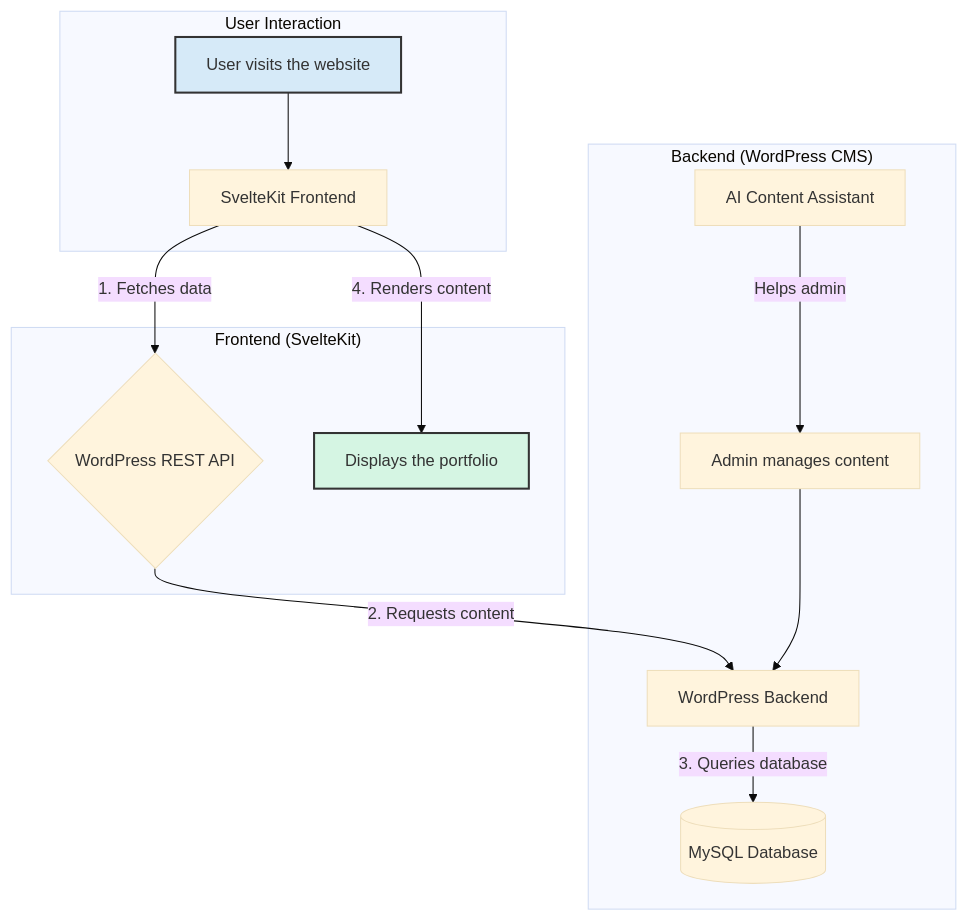
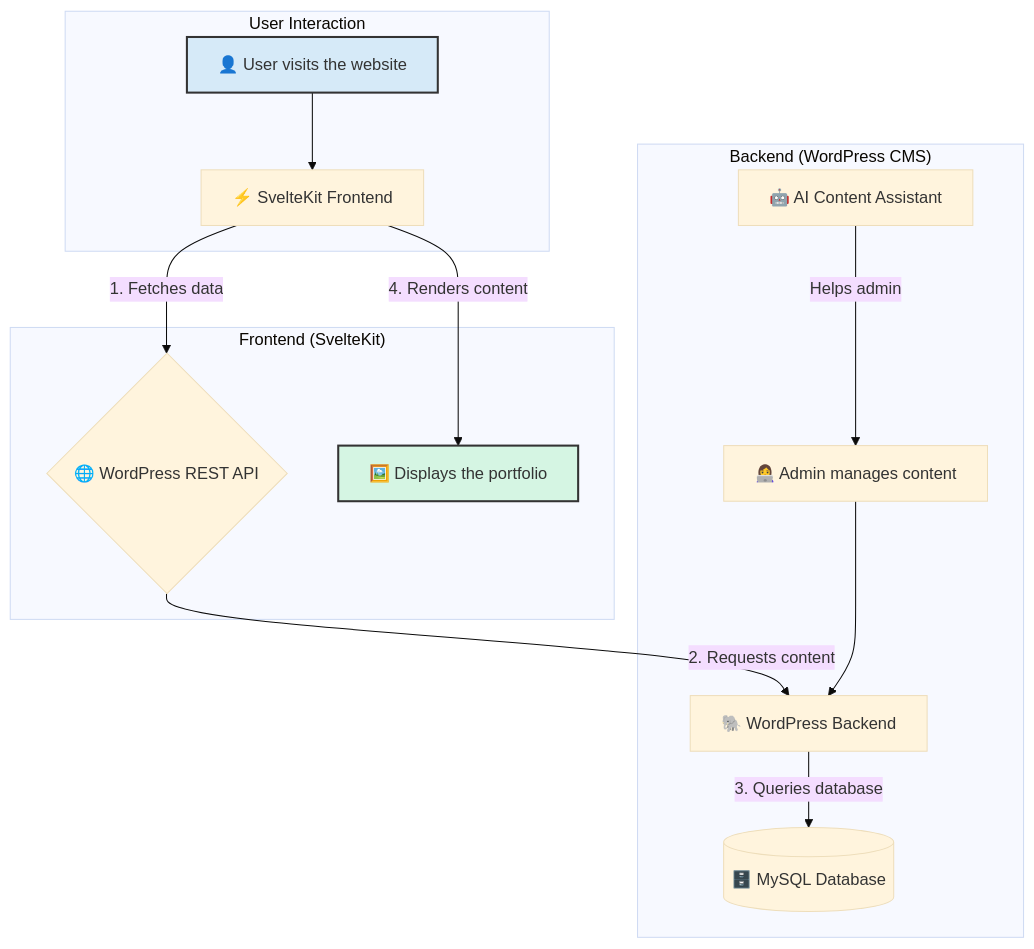
Before and after one commit to zrahabibi/portfolio: the diagram in README.md, drawn with Mermaid (base theme). The commit also changed 5 other files, not shown here.

````diff
--- a/README.md
+++ b/README.md
@@ -48,19 +48,22 @@
 ```mermaid
-graph TD
+graph TD;
     subgraph "User Interaction"
-        User["User visits the website"] --> SvelteKit
+        User[👤 User visits the website] --> SvelteKit;
     end
+
     subgraph "Frontend (SvelteKit)"
-        SvelteKit["SvelteKit Frontend"] -->|"1. Fetches data"| API
-        API{"WordPress REST API"}
-        SvelteKit -->|"4. Renders content"| RenderedPage["Displays the portfolio"]
+        SvelteKit[⚡ SvelteKit Frontend] -->|"1. Fetches data"| API;
+        API{🌐 WordPress REST API};
+        SvelteKit -->|"4. Renders content"| RenderedPage[🖼️ Displays the portfolio];
     end
+
     subgraph "Backend (WordPress CMS)"
-        API -->|"2. Requests content"| WordPress
-        WordPress["WordPress Backend"] -->|"3. Queries database"| DB[("MySQL Database")]
-        Admin["Admin manages content"] --> WordPress
-        AI["AI Content Assistant"] -->|Helps admin| Admin
+        API -->|"2. Requests content"| WordPress;
+        WordPress[🐘 WordPress Backend] -->|"3. Queries database"| DB[(🗄️ MySQL Database)];
+        Admin[👩‍💻 Admin manages content] --> WordPress;
+        AI[🤖 AI Content Assistant] -->|Helps admin| Admin;
     end
+
     style User fill:#D6EAF8,stroke:#333,stroke-width:2px
     style RenderedPage fill:#D5F5E3,stroke:#333,stroke-width:2px
 ```
````
